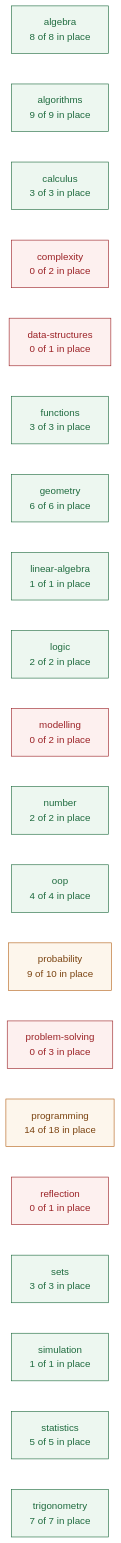
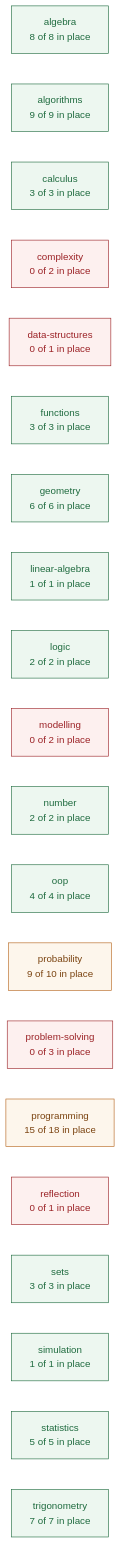
One commit to deweydex/dewlab changed the first of 3 diagrams in planning/CURRICULUM_MAP.md. Above: the diagram before and after it, drawn with Mermaid (forest theme). The commit also changed other lines of this file and 4 other files, not shown here.

````diff
--- a/planning/CURRICULUM_MAP.md
+++ b/planning/CURRICULUM_MAP.md
@@ -52,30 +52,30 @@
 ```mermaid
 graph LR
   algebra["algebra<br/>8 of 8 in place"]
   algorithms["algorithms<br/>9 of 9 in place"]
   calculus["calculus<br/>3 of 3 in place"]
   complexity["complexity<br/>0 of 2 in place"]
   data_structures["data-structures<br/>0 of 1 in place"]
   functions["functions<br/>3 of 3 in place"]
   geometry["geometry<br/>6 of 6 in place"]
   linear_algebra["linear-algebra<br/>1 of 1 in place"]
   logic["logic<br/>2 of 2 in place"]
   modelling["modelling<br/>0 of 2 in place"]
   number["number<br/>2 of 2 in place"]
   oop["oop<br/>4 of 4 in place"]
   probability["probability<br/>9 of 10 in place"]
   problem_solving["problem-solving<br/>0 of 3 in place"]
-  programming["programming<br/>14 of 18 in place"]
+  programming["programming<br/>15 of 18 in place"]
   reflection["reflection<br/>0 of 1 in place"]
   sets["sets<br/>3 of 3 in place"]
   simulation["simulation<br/>1 of 1 in place"]
   statistics["statistics<br/>5 of 5 in place"]
   trigonometry["trigonometry<br/>7 of 7 in place"]
 
   classDef full fill:#edf7f0,stroke:#1f6b3f,color:#1f6b3f;
   classDef part fill:#fdf6ec,stroke:#b5651d,color:#7a4310;
   classDef none fill:#fdf0ef,stroke:#9b2226,color:#9b2226;
   class algebra,algorithms,calculus,functions,geometry,linear_algebra,logic,number,oop,sets,simulation,statistics,trigonometry full;
   class probability,programming part;
   class complexity,data_structures,modelling,problem_solving,reflection none;
 ```
````
